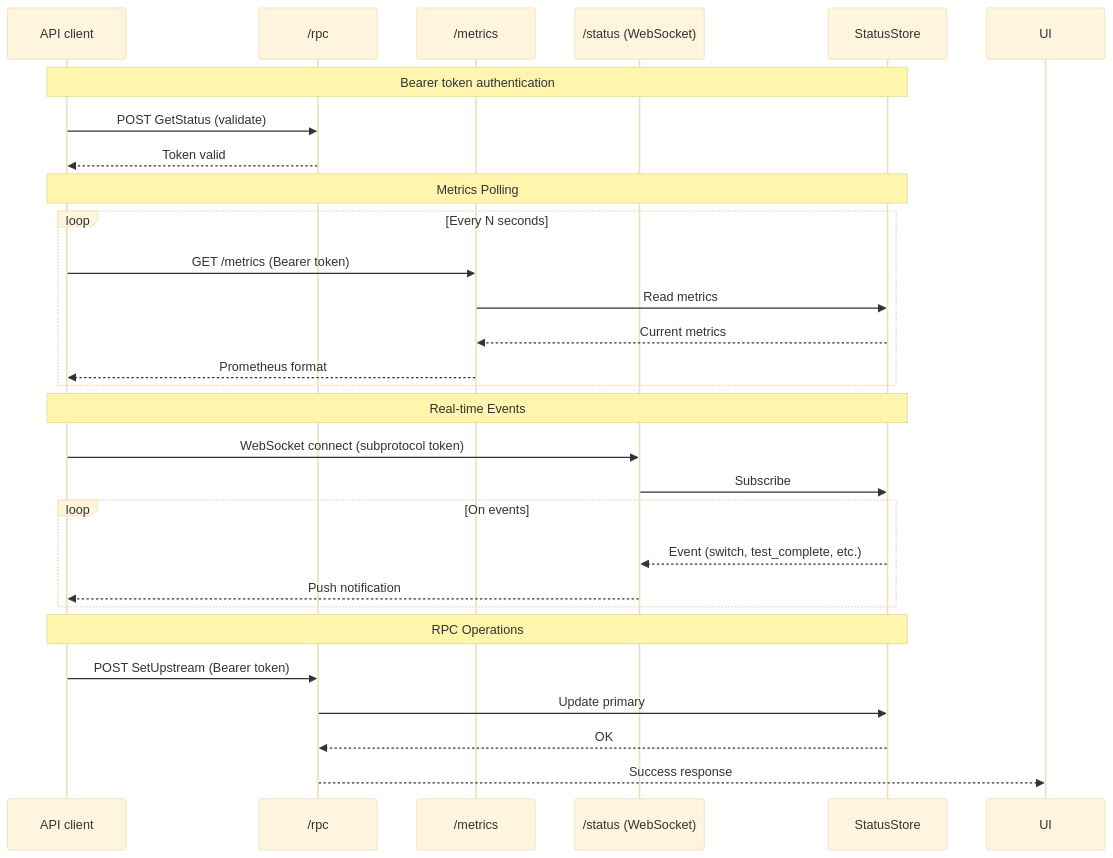
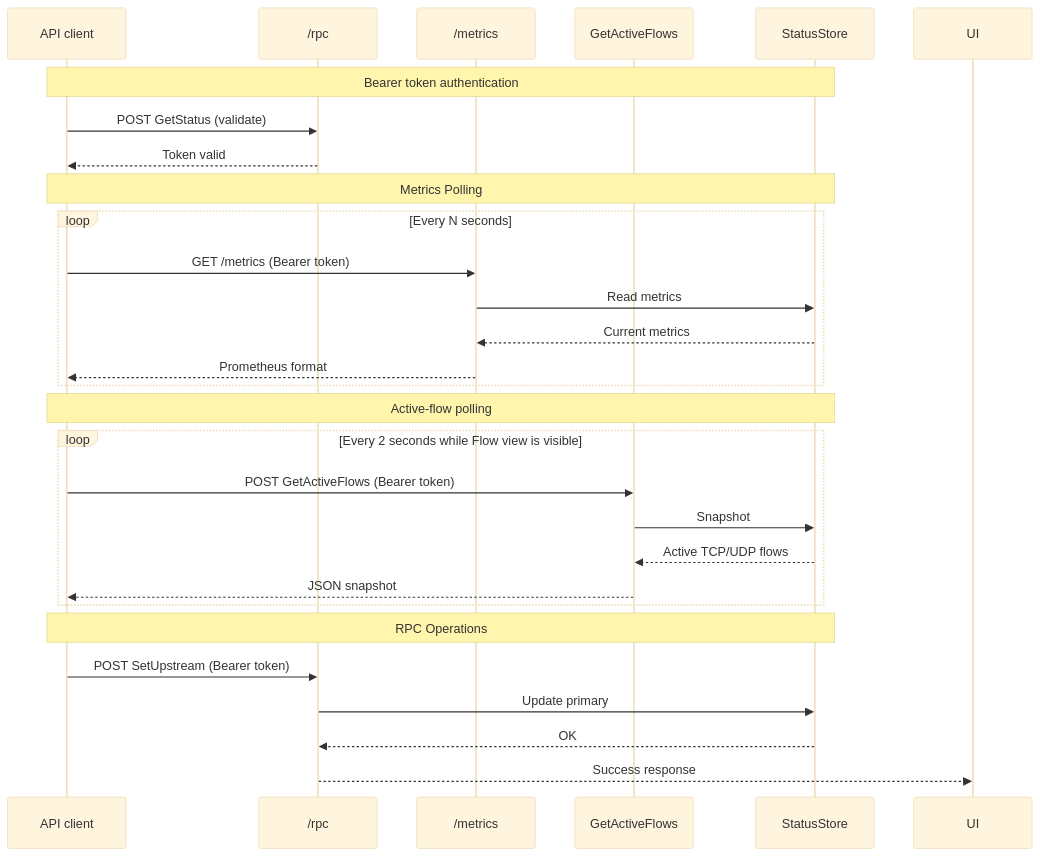
Diagram 14 of 14 in doc/diagrams.md (NodePath81/fbforward), drawn with Mermaid (base theme) before and after one commit. The commit also changed other lines of this file and 25 other files, not shown here.

First line of the commit message:
refactor(control)!: replace status websocket with polling rpc

````diff
--- a/doc/diagrams.md
+++ b/doc/diagrams.md
@@ -425,34 +425,34 @@
 ```mermaid
 sequenceDiagram
     participant Client as API client
     participant RPC as /rpc
     participant Metrics as /metrics
-    participant WS as /status (WebSocket)
+    participant Flows as GetActiveFlows
     participant Store as StatusStore
 
     Note over Client,Store: Bearer token authentication
     Client->>RPC: POST GetStatus (validate)
     RPC-->>Client: Token valid
 
     Note over Client,Store: Metrics Polling
     loop Every N seconds
         Client->>Metrics: GET /metrics (Bearer token)
         Metrics->>Store: Read metrics
         Store-->>Metrics: Current metrics
         Metrics-->>Client: Prometheus format
     end
 
-    Note over Client,Store: Real-time Events
-    Client->>WS: WebSocket connect (subprotocol token)
-    WS->>Store: Subscribe
-    loop On events
-        Store-->>WS: Event (switch, test_complete, etc.)
-        WS-->>Client: Push notification
+    Note over Client,Store: Active-flow polling
+    loop Every 2 seconds while Flow view is visible
+        Client->>Flows: POST GetActiveFlows (Bearer token)
+        Flows->>Store: Snapshot
+        Store-->>Flows: Active TCP/UDP flows
+        Flows-->>Client: JSON snapshot
     end
 
     Note over Client,Store: RPC Operations
     Client->>RPC: POST SetUpstream (Bearer token)
     RPC->>Store: Update primary
     Store-->>RPC: OK
     RPC-->>UI: Success response
 ```
````
